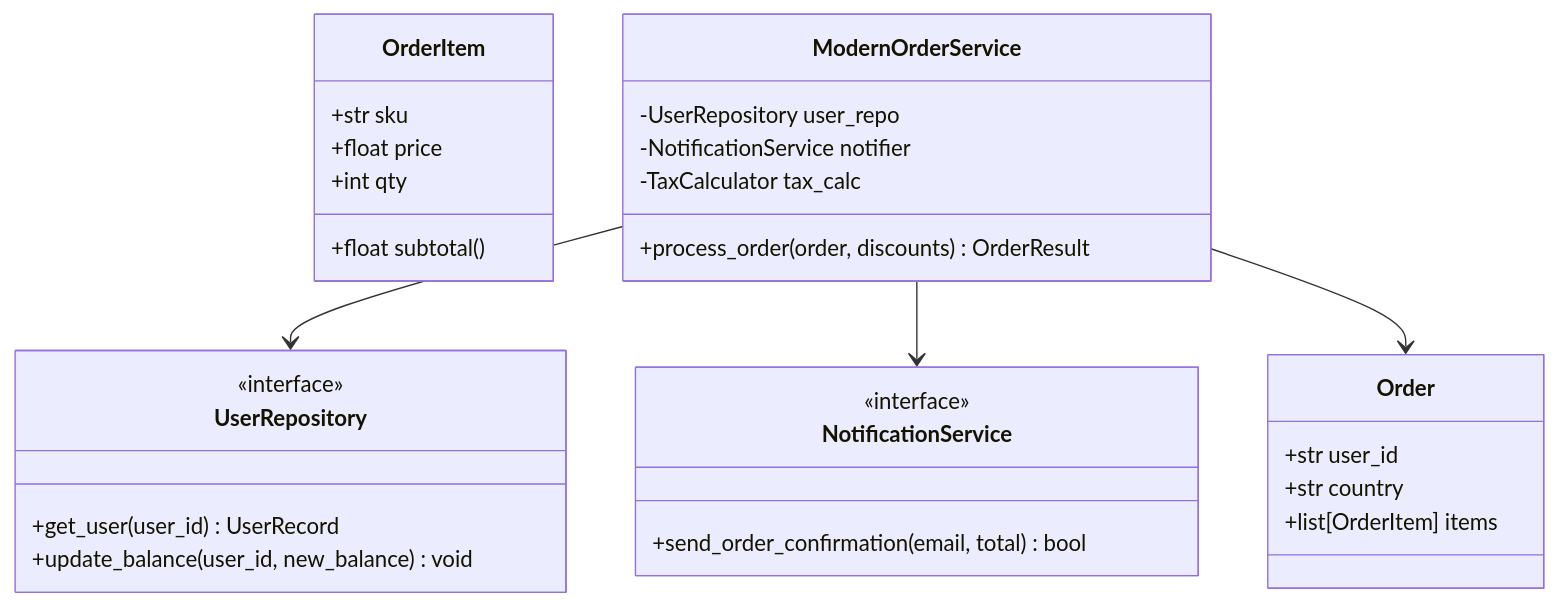
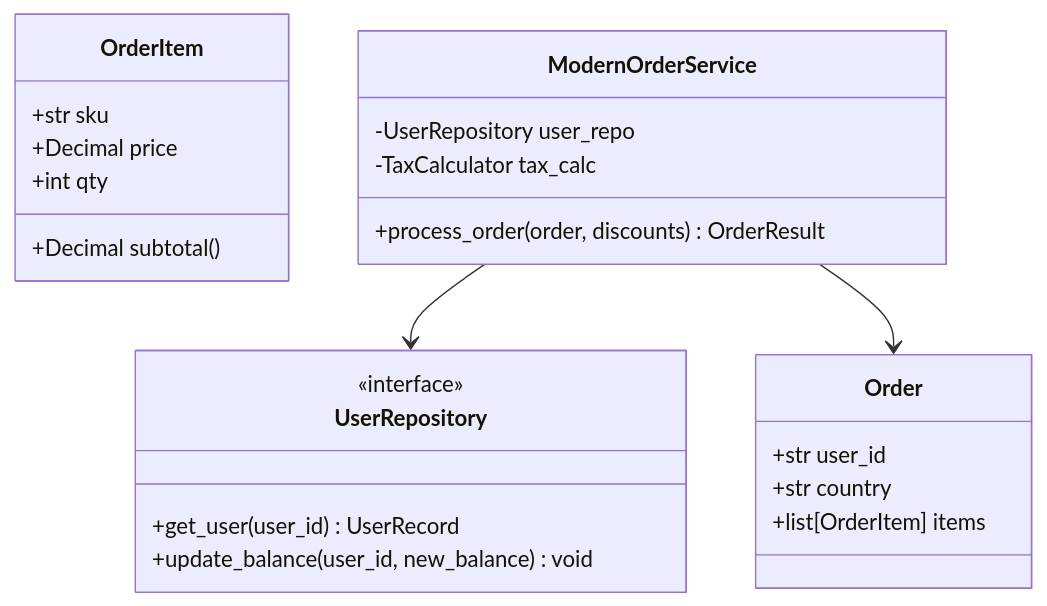
One commit to reddykarthikeya1/AI-Systems-Mastery changed the second of 2 diagrams in 01-Python-Mastery/11-Legacy-Refactoring-And-Break-Fix-Engineering-Lab.md. Above: the diagram before and after it, drawn with Mermaid. The commit also changed other lines of this file and 53 other files, not shown here.

````diff
--- a/01-Python-Mastery/11-Legacy-Refactoring-And-Break-Fix-Engineering-Lab.md
+++ b/01-Python-Mastery/11-Legacy-Refactoring-And-Break-Fix-Engineering-Lab.md
@@ -162,33 +247,27 @@
 ```mermaid
 classDiagram
     direction TB
     class OrderItem {
         +str sku
-        +float price
+        +Decimal price
         +int qty
-        +float subtotal()
+        +Decimal subtotal()
     }
     class Order {
         +str user_id
         +str country
         +list[OrderItem] items
     }
     class UserRepository {
         <<interface>>
         +get_user(user_id) UserRecord
         +update_balance(user_id, new_balance) void
     }
-    class NotificationService {
-        <<interface>>
-        +send_order_confirmation(email, total) bool
-    }
     class ModernOrderService {
         -UserRepository user_repo
-        -NotificationService notifier
         -TaxCalculator tax_calc
         +process_order(order, discounts) OrderResult
     }
     ModernOrderService --> UserRepository
-    ModernOrderService --> NotificationService
     ModernOrderService --> Order
 ```
````
